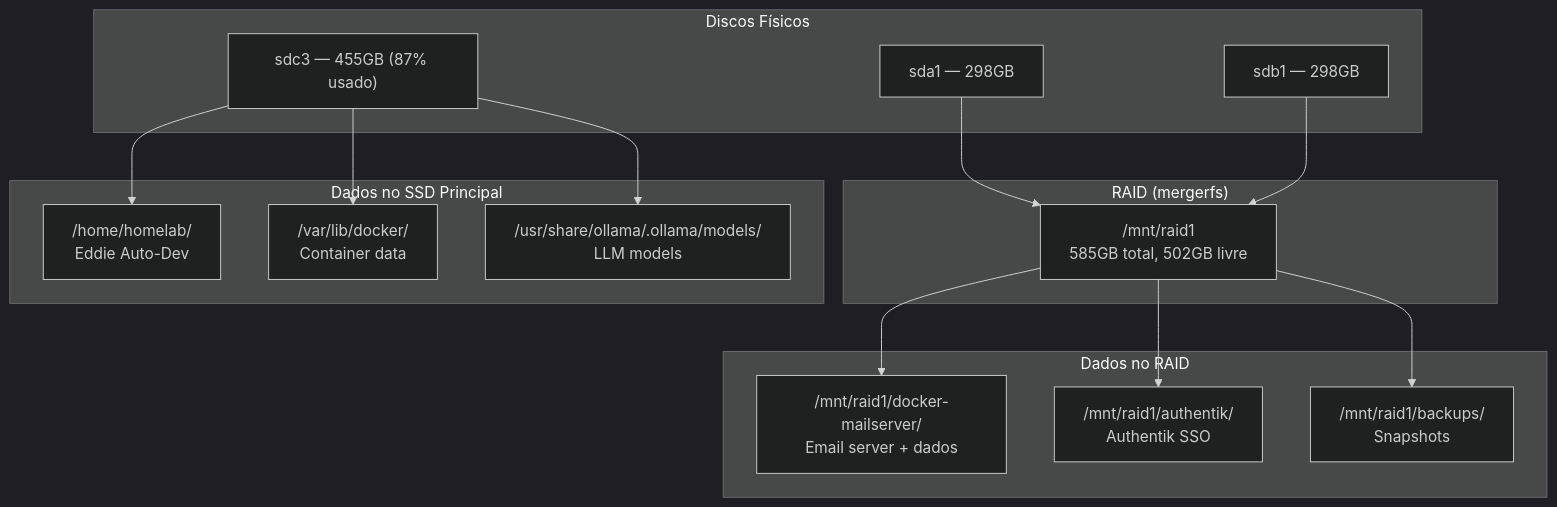
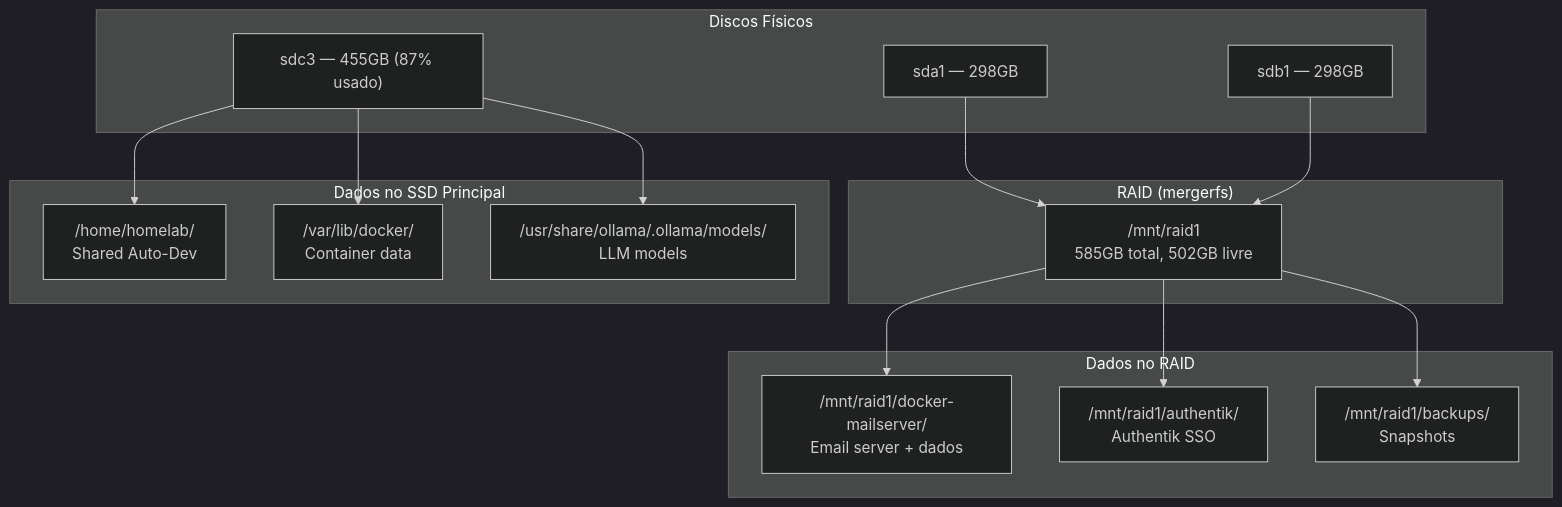
Before and after one commit to eddiejdi/eddie-auto-dev: the ninth of 10 diagrams in docs/HOMELAB_INFRASTRUCTURE_DIAGRAMS.md, drawn with Mermaid (dark theme). The commit also changed other lines of this file and 3791 other files, not shown here.

````diff
--- a/docs/HOMELAB_INFRASTRUCTURE_DIAGRAMS.md
+++ b/docs/HOMELAB_INFRASTRUCTURE_DIAGRAMS.md
@@ -397,33 +397,33 @@
 ```mermaid
 graph TB
     subgraph "Discos Físicos"
         SDA["sda1 — 298GB"]
         SDB["sdb1 — 298GB"]
         SDC["sdc3 — 455GB (87% usado)"]
     end
 
     subgraph "RAID (mergerfs)"
         RAID["/mnt/raid1<br/>585GB total, 502GB livre"]
     end
 
     subgraph "Dados no RAID"
         MAIL["/mnt/raid1/docker-mailserver/<br/>Email server + dados"]
         AUTH["/mnt/raid1/authentik/<br/>Authentik SSO"]
         BKUP["/mnt/raid1/backups/<br/>Snapshots"]
     end
 
     subgraph "Dados no SSD Principal"
-        HOME["/home/homelab/<br/>Eddie Auto-Dev"]
+        HOME["/home/homelab/<br/>Shared Auto-Dev"]
         DOCKV["/var/lib/docker/<br/>Container data"]
         OLLMOD["/usr/share/ollama/.ollama/models/<br/>LLM models"]
     end
 
     SDA --> RAID
     SDB --> RAID
     RAID --> MAIL
     RAID --> AUTH
     RAID --> BKUP
     SDC --> HOME
     SDC --> DOCKV
     SDC --> OLLMOD
 ```
````
